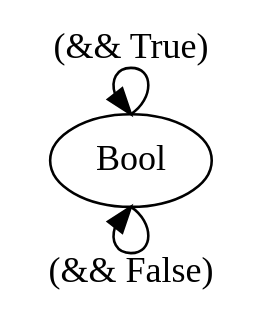
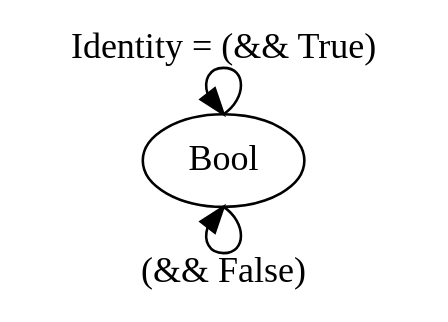
The sixth of 10 diagrams in README.md (lowdewijk/catsforprogs), drawn with Graphviz before and after one commit. The commit also changed other lines of this file, not shown here.

````diff
--- a/README.md
+++ b/README.md
@@ -283,6 +281,6 @@
  ```graphviz
 digraph G {
-  Bool:n -> Bool:n[label="(&& True)"]
+  Bool:n -> Bool:n[label="Identity = (&& True)"]
   Bool:s -> Bool:s [label="(&& False)"]
 }
 ```
````
